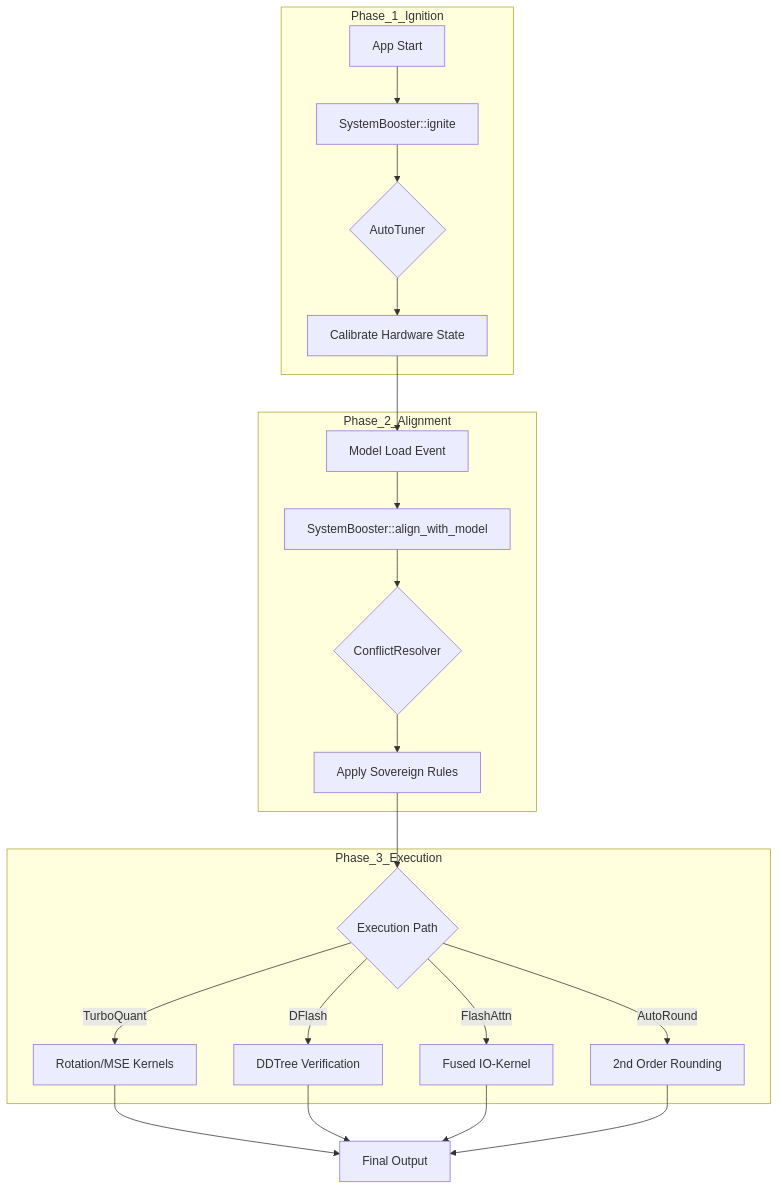
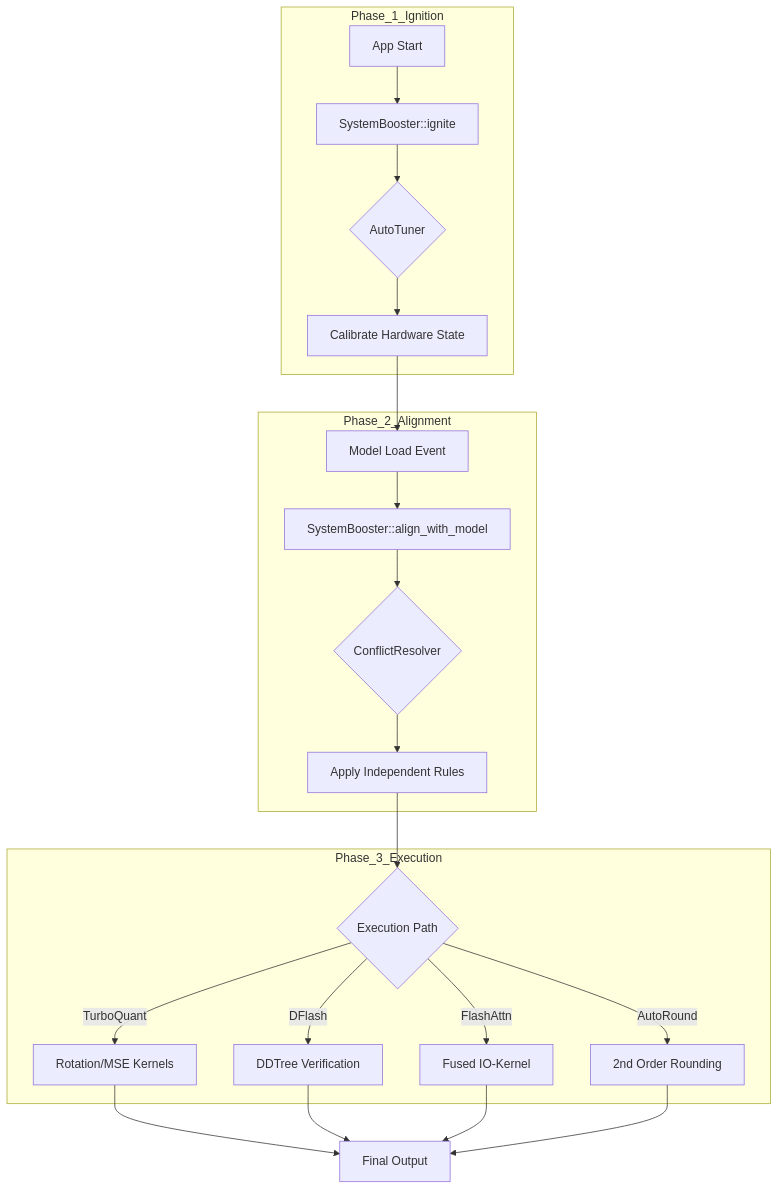
The diagram in cluaiz-engine/engines/system-booster/README.md (ayan-kushwaha/Cluaiz-), drawn with Mermaid before and after one commit. The commit also changed other lines of this file and 101 other files, not shown here.

````diff
--- a/cluaiz-engine/engines/system-booster/README.md
+++ b/cluaiz-engine/engines/system-booster/README.md
@@ -44,28 +44,28 @@
 ```mermaid
 graph TD
     subgraph Phase_1_Ignition
         A[App Start] --> B[SystemBooster::ignite]
         B --> C{AutoTuner}
         C --> D[Calibrate Hardware State]
     end
 
     subgraph Phase_2_Alignment
         D --> E[Model Load Event]
         E --> F[SystemBooster::align_with_model]
         F --> G{ConflictResolver}
-        G --> H[Apply Sovereign Rules]
+        G --> H[Apply Independent Rules]
     end
 
     subgraph Phase_3_Execution
         H --> I{Execution Path}
         I -->|TurboQuant| J[Rotation/MSE Kernels]
         I -->|DFlash| K[DDTree Verification]
         I -->|FlashAttn| L[Fused IO-Kernel]
         I -->|AutoRound| M[2nd Order Rounding]
     end
 
     J --> Z[Final Output]
     K --> Z
     L --> Z
     M --> Z
 ```
````
